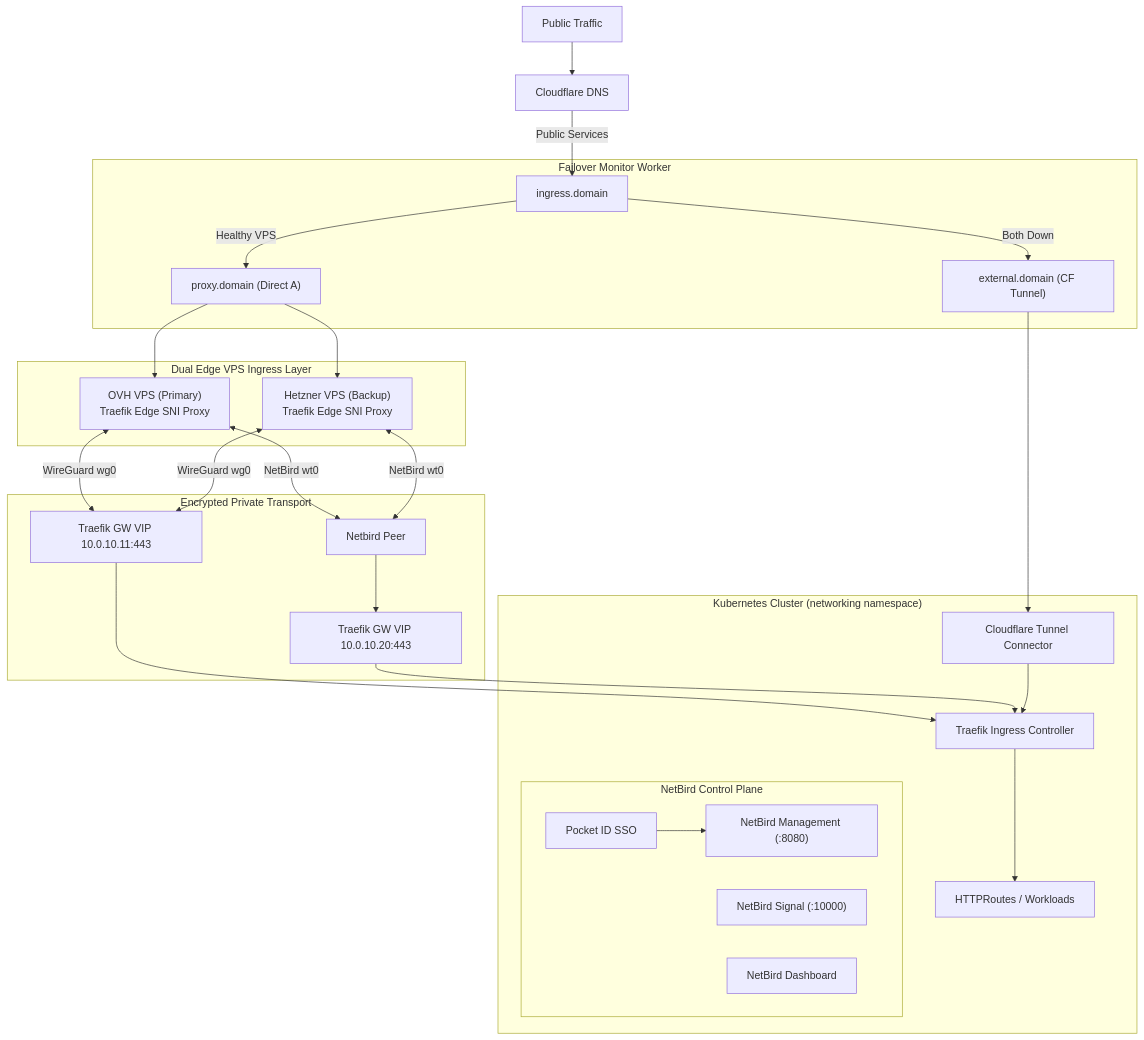
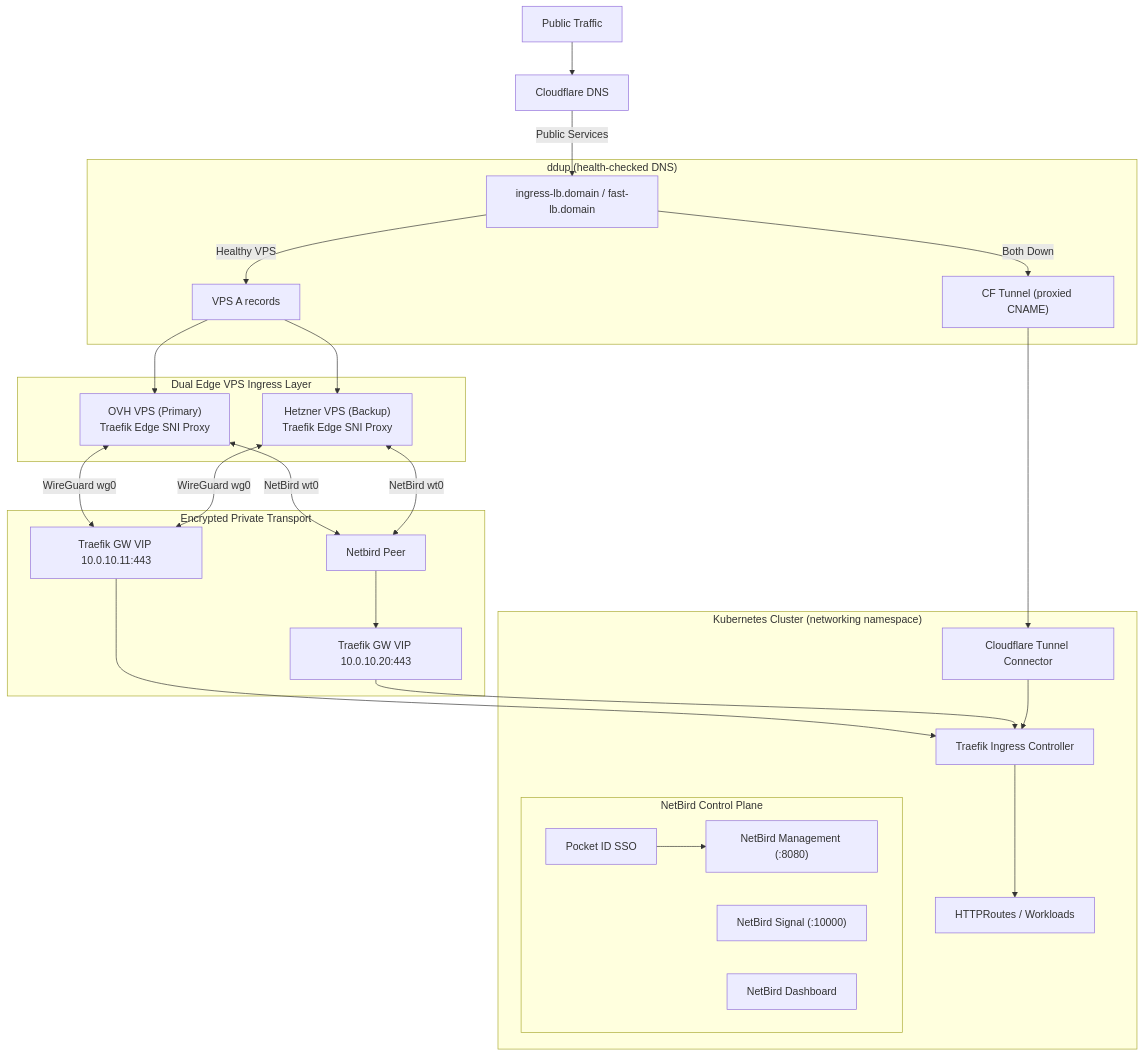
One commit to mrwulf/home-cluster changed the first of 2 diagrams in docs/ingress_and_netbird_architecture.md. Above: the diagram before and after it, drawn with Mermaid. The commit also changed other lines of this file and 1 other file, not shown here.

Commit message:
docs(networking): document the ddup cutover and mark the Workers as legacy

````diff
--- a/docs/ingress_and_netbird_architecture.md
+++ b/docs/ingress_and_netbird_architecture.md
@@ -15,39 +15,39 @@
 ```mermaid
 graph TD
     User["Public Traffic"] --> DNS["Cloudflare DNS"]
-    DNS -->|Public Services| IngressCNAME["ingress.domain"]
+    DNS -->|Public Services| IngressCNAME["ingress-lb.domain / fast-lb.domain"]
 
-    subgraph FailoverEngine["Failover Monitor Worker"]
-        IngressCNAME -->|Healthy VPS| ProxyTarget["proxy.domain (Direct A)"]
-        IngressCNAME -->|Both Down| TunnelTarget["external.domain (CF Tunnel)"]
+    subgraph FailoverEngine["ddup (health-checked DNS)"]
+        IngressCNAME -->|Healthy VPS| ProxyTarget["VPS A records"]
+        IngressCNAME -->|Both Down| TunnelTarget["CF Tunnel (proxied CNAME)"]
     end
 
     subgraph EdgeVPS["Dual Edge VPS Ingress Layer"]
         ProxyTarget --> OVH["OVH VPS (Primary)<br/>Traefik Edge SNI Proxy"]
         ProxyTarget --> Hetzner["Hetzner VPS (Backup)<br/>Traefik Edge SNI Proxy"]
     end
 
     subgraph OverlayMesh["Encrypted Private Transport"]
         OVH <-->|WireGuard wg0| K8sGW11["Traefik GW VIP 10.0.10.11:443"]
         OVH <-->|NetBird wt0| Router["Netbird Peer"]
         Hetzner <-->|WireGuard wg0| K8sGW11
         Hetzner <-->|NetBird wt0| Router
         Router --> K8sGW20["Traefik GW VIP 10.0.10.20:443"]
     end
 
     subgraph K8sCluster["Kubernetes Cluster (networking namespace)"]
         K8sGW11 --> TraefikPods["Traefik Ingress Controller"]
         K8sGW20 --> TraefikPods
         TunnelTarget --> CFTunnelPod["Cloudflare Tunnel Connector"]
         CFTunnelPod --> TraefikPods
 
         TraefikPods --> AppHTTPRoutes["HTTPRoutes / Workloads"]
 
         subgraph ControlPlane["NetBird Control Plane"]
             Mgmt["NetBird Management (:8080)"]
             Signal["NetBird Signal (:10000)"]
             Dash["NetBird Dashboard"]
             PocketID["Pocket ID SSO"] --> Mgmt
         end
     end
 ```
````
